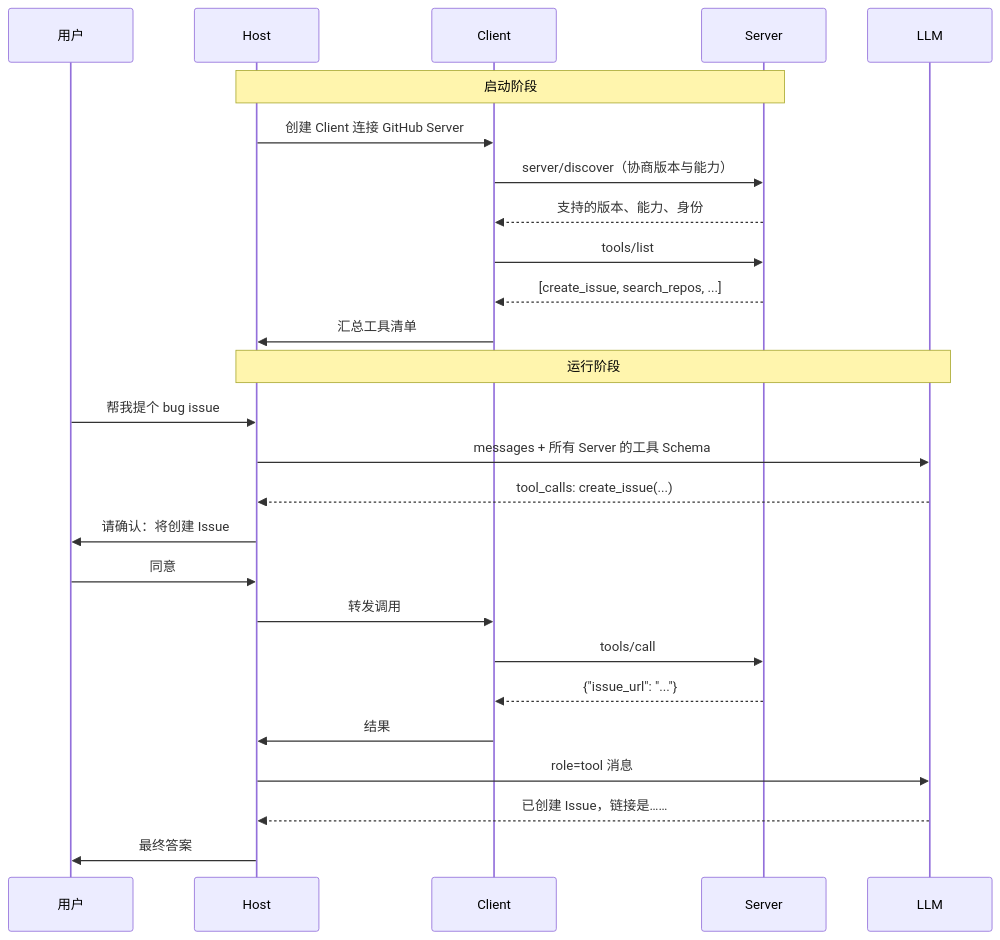
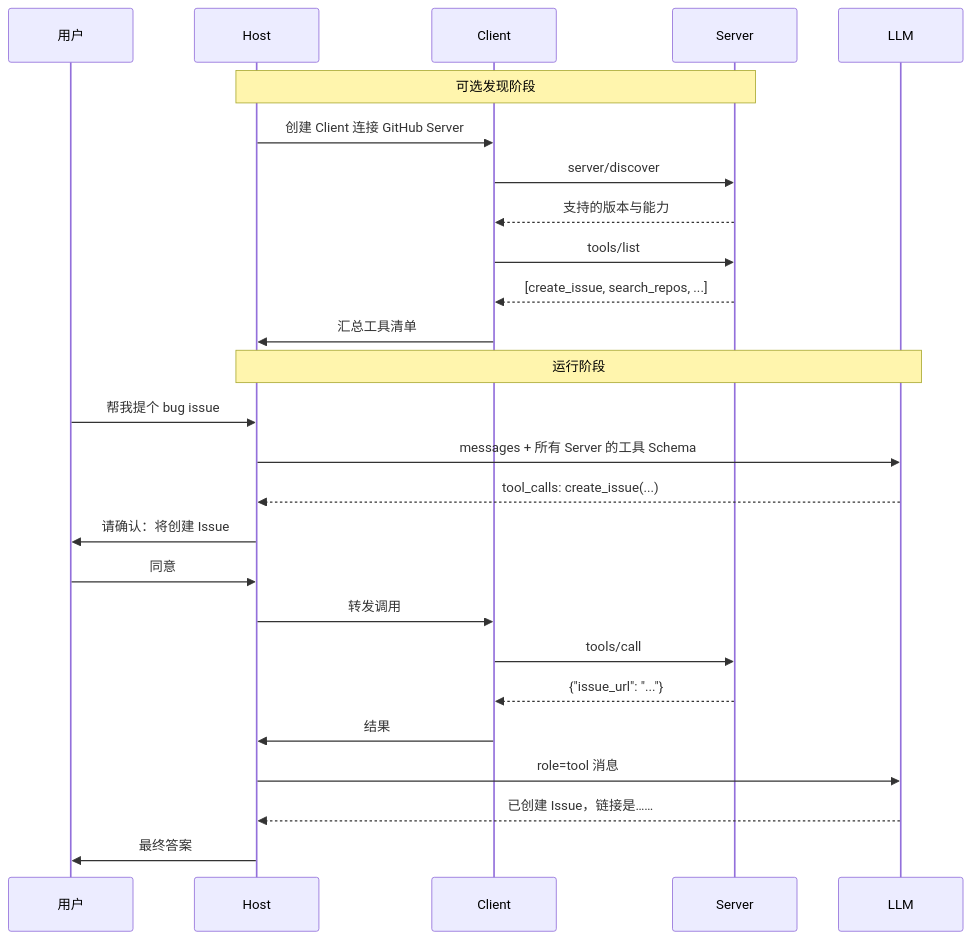
One commit to oneleaveknowsthefall/awesome-ai-roadmap changed the fifth of 5 diagrams in docs/tools/05-mcp-components.md. Above: the diagram before and after it, drawn with Mermaid. The commit also changed other lines of this file and 77 other files, not shown here.

Commit message:
docs: audit and modernize the AI roadmap

````diff
--- a/docs/tools/05-mcp-components.md
+++ b/docs/tools/05-mcp-components.md
@@ -182,30 +169,30 @@
 ```mermaid
 sequenceDiagram
     participant U as 用户
     participant H as Host
     participant C as Client
     participant S as Server
     participant M as LLM
 
-    Note over H,S: 启动阶段
+    Note over H,S: 可选发现阶段
     H->>C: 创建 Client 连接 GitHub Server
-    C->>S: server/discover（协商版本与能力）
-    S-->>C: 支持的版本、能力、身份
+    C->>S: server/discover
+    S-->>C: 支持的版本与能力
     C->>S: tools/list
     S-->>C: [create_issue, search_repos, ...]
     C->>H: 汇总工具清单
 
     Note over H,M: 运行阶段
     U->>H: 帮我提个 bug issue
     H->>M: messages + 所有 Server 的工具 Schema
     M-->>H: tool_calls: create_issue(...)
     H->>U: 请确认：将创建 Issue
     U->>H: 同意
     H->>C: 转发调用
     C->>S: tools/call
     S-->>C: {"issue_url": "..."}
     C->>H: 结果
     H->>M: role=tool 消息
     M-->>H: 已创建 Issue，链接是……
     H->>U: 最终答案
 ```
````
